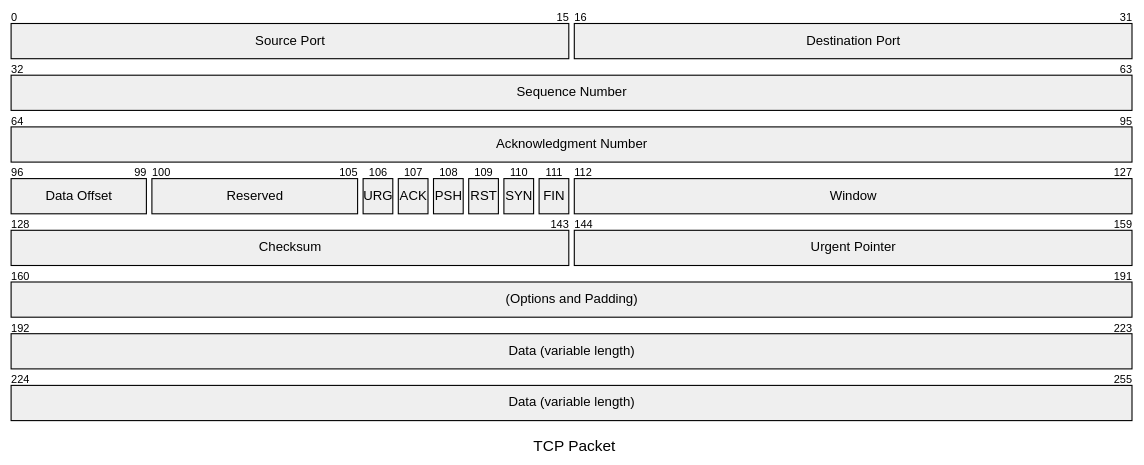
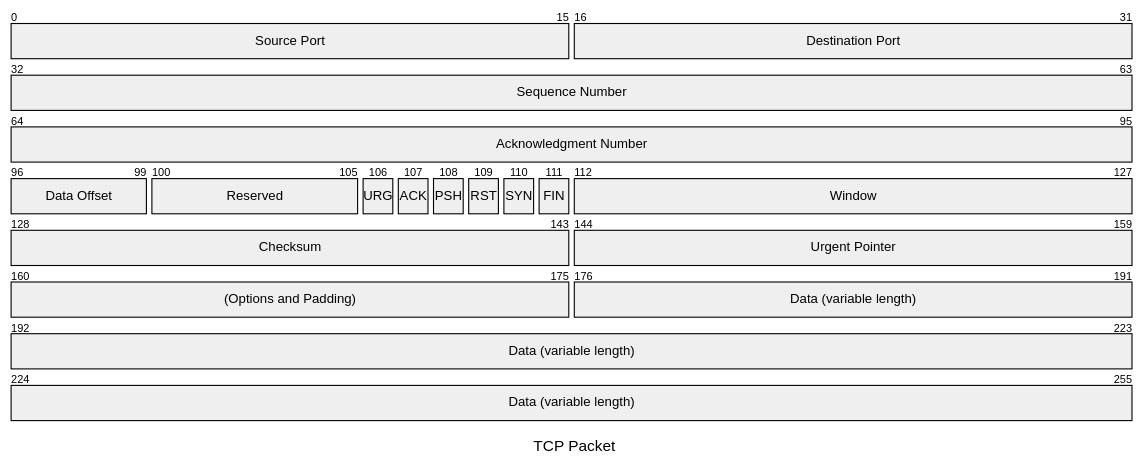
One commit to al-martyn1/marty_hex_test changed the diagram in doc.drafts/mermaid_test.md. Above: the diagram before and after it, drawn with Mermaid.

Commit message:
Тестим переносы

````diff
--- a/doc.drafts/mermaid_test.md
+++ b/doc.drafts/mermaid_test.md
@@ -6,23 +6,23 @@
 ```mermaid
 ---
 title: "TCP Packet"
 ---
 packet-beta
 0-15: "Source Port"
 16-31: "Destination Port"
 32-63: "Sequence Number"
 64-95: "Acknowledgment Number"
 96-99: "Data Offset"
 100-105: "Reserved"
 106: "URG"
 107: "ACK"
 108: "PSH"
 109: "RST"
 110: "SYN"
 111: "FIN"
 112-127: "Window"
 128-143: "Checksum"
 144-159: "Urgent Pointer"
-160-191: "(Options and Padding)"
-192-255: "Data (variable length)"
+160-175: "(Options and Padding)" %% 191
+176-255: "Data (variable length)" %% 255 247
 ```
````
